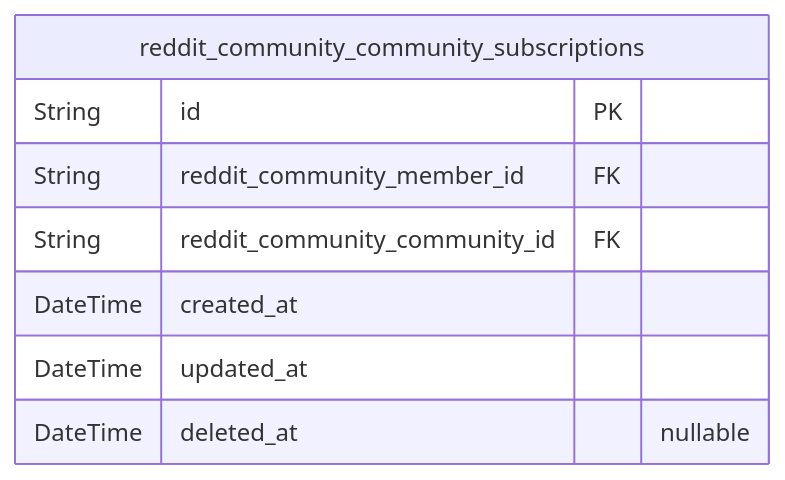
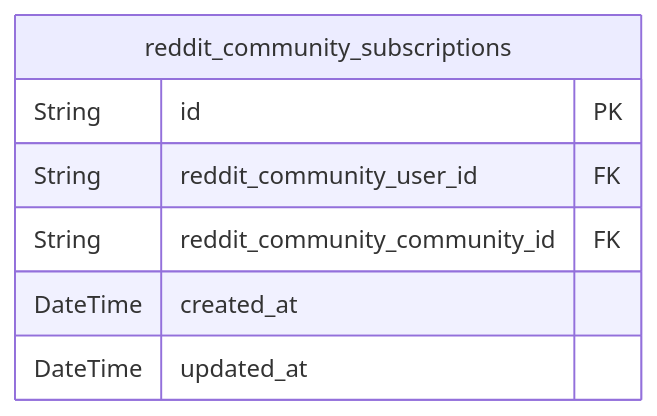
The seventh of 8 diagrams in openai/gpt-4.1-mini/reddit/docs/ERD.md (wrtnlabs/autobe-examples), drawn with Mermaid before and after one commit. The commit also changed other lines of this file and 16146 other files, not shown here.

````diff
--- a/openai/gpt-4.1-mini/reddit/docs/ERD.md
+++ b/openai/gpt-4.1-mini/reddit/docs/ERD.md
@@ -336,11 +521,10 @@
 ```mermaid
 erDiagram
-"reddit_community_community_subscriptions" {
+"reddit_community_subscriptions" {
   String id PK
-  String reddit_community_member_id FK
+  String reddit_community_user_id FK
   String reddit_community_community_id FK
   DateTime created_at
   DateTime updated_at
-  DateTime deleted_at "nullable"
 }
 ```
````
